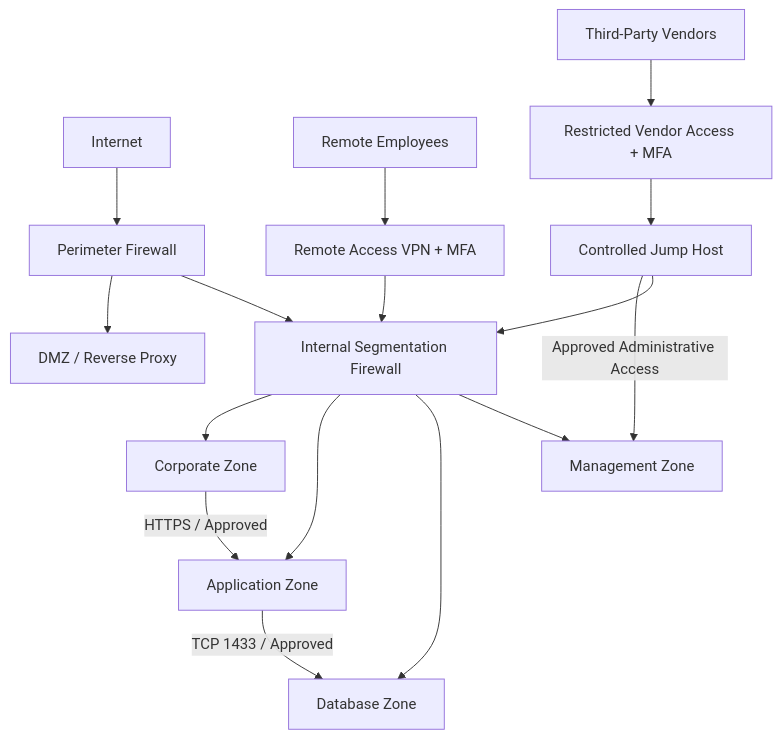
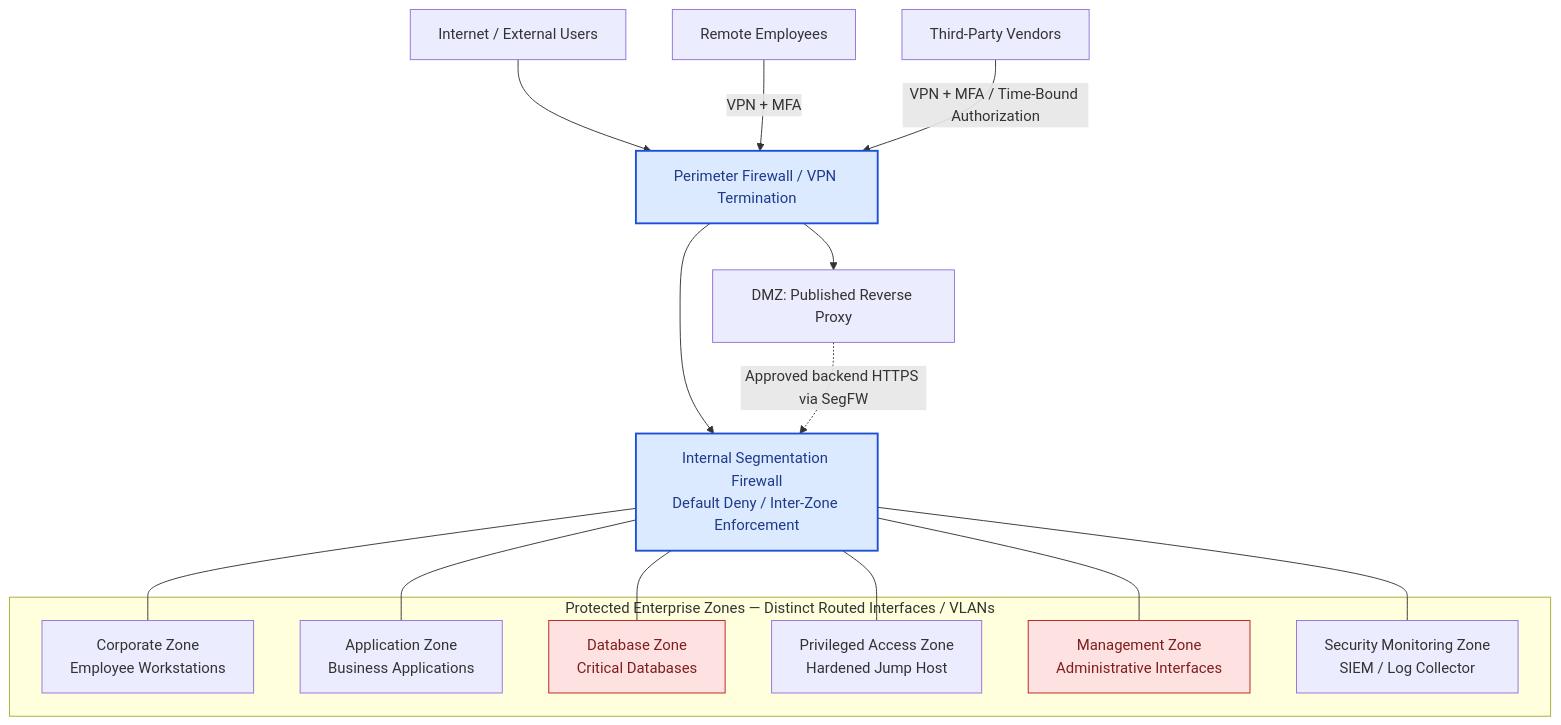
One commit to soallahim/security-architecture-portfolio changed the diagram in enterprise-network-security-review/06-proposed-secure-architecture.md. Above: the diagram before and after it, drawn with Mermaid. The commit also changed other lines of this file, not shown here.

First line of the commit message:
Revise secure network architecture documentation

````diff
--- a/enterprise-network-security-review/06-proposed-secure-architecture.md
+++ b/enterprise-network-security-review/06-proposed-secure-architecture.md
@@ -12,21 +11,32 @@
 ```mermaid
 flowchart TB
-    Internet["Internet"] --> FW["Perimeter Firewall"]
-    Remote["Remote Employees"] --> VPN["Remote Access VPN + MFA"]
-    Vendor["Third-Party Vendors"] --> ZT["Restricted Vendor Access + MFA"]
+    Internet["Internet / External Users"] --> EdgeFW["Perimeter Firewall / VPN Termination"]
+    EdgeFW --> DMZ["DMZ: Published Reverse Proxy"]
+    EdgeFW --> SegFW["Internal Segmentation Firewall<br/>Default Deny / Inter-Zone Enforcement"]
 
-    FW --> DMZ["DMZ / Reverse Proxy"]
-    FW --> ISFW["Internal Segmentation Firewall"]
-    VPN --> ISFW
-    ZT --> Jump["Controlled Jump Host"]
+    Remote["Remote Employees"] -->|"VPN + MFA"| EdgeFW
+    Vendor["Third-Party Vendors"] -->|"VPN + MFA / Time-Bound Authorization"| EdgeFW
 
-    ISFW --> Corp["Corporate Zone"]
-    ISFW --> App["Application Zone"]
-    ISFW --> DB["Database Zone"]
-    ISFW --> Mgmt["Management Zone"]
+    subgraph Protected_Zones["Protected Enterprise Zones — Distinct Routed Interfaces / VLANs"]
+        Corp["Corporate Zone<br/>Employee Workstations"]
+        App["Application Zone<br/>Business Applications"]
+        DB["Database Zone<br/>Critical Databases"]
+        PA["Privileged Access Zone<br/>Hardened Jump Host"]
+        Mgmt["Management Zone<br/>Administrative Interfaces"]
+        SIEM["Security Monitoring Zone<br/>SIEM / Log Collector"]
+    end
 
-    Corp -->|"HTTPS / Approved"| App
-    App -->|"TCP 1433 / Approved"| DB
-    Jump -->|"Approved Administrative Access"| Mgmt
-    Jump --> ISFW
+    SegFW --- Corp
+    SegFW --- App
+    SegFW --- DB
+    SegFW --- PA
+    SegFW --- Mgmt
+    SegFW --- SIEM
+
+    DMZ -.->|"Approved backend HTTPS via SegFW"| SegFW
+
+    classDef enforcement fill:#dbeafe,stroke:#1d4ed8,color:#1e3a8a,stroke-width:2px
+    classDef sensitive fill:#fee2e2,stroke:#b91c1c,color:#7f1d1d
+    class EdgeFW,SegFW enforcement
+    class DB,Mgmt sensitive
 ```
````
